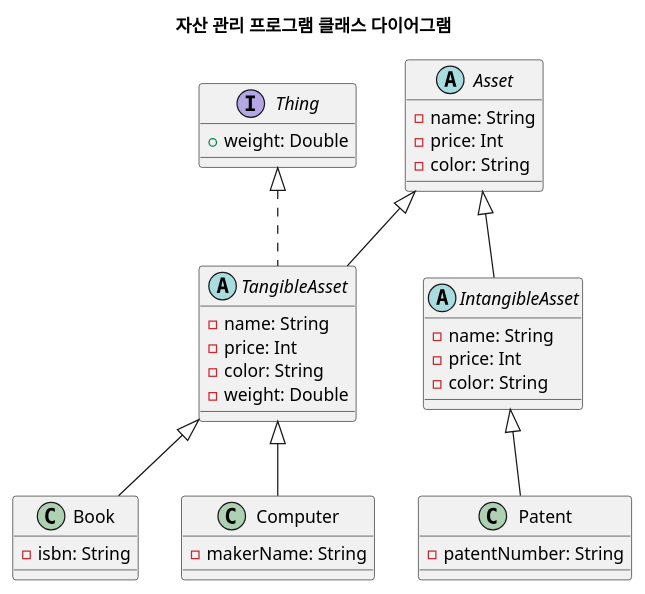
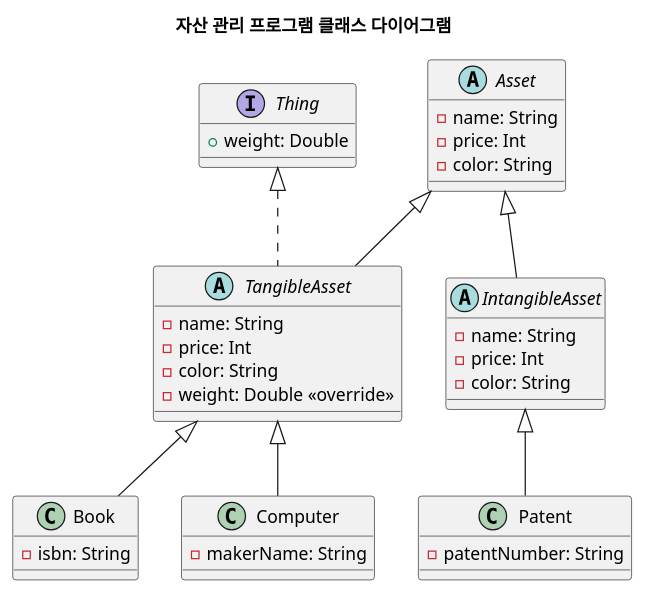
One commit to SurvivalCodingCampus/gangnam2_kotlin_study changed the diagram in src/main/kotlin/com/hhp227/kotlinstudy/docs/Asset.puml. Above: the diagram before and after it, drawn with PlantUML.

Commit message:
fix: Asset.puml 수정

```diff
--- a/src/main/kotlin/com/hhp227/kotlinstudy/docs/Asset.puml
+++ b/src/main/kotlin/com/hhp227/kotlinstudy/docs/Asset.puml
@@ -1,39 +1,39 @@
 @startuml
 title 자산 관리 프로그램 클래스 다이어그램
 
 interface Thing {
     + weight: Double
 }
 
 abstract class Asset {
     - name: String
     - price: Int
     - color: String
 }
 
 abstract class TangibleAsset extends Asset implements Thing {
     - name: String
     - price: Int
     - color: String
-    - weight: Double
+    - weight: Double <<override>>
 }
 
 abstract class IntangibleAsset extends Asset {
     - name: String
     - price: Int
     - color: String
 }
 
 class Book extends TangibleAsset {
     - isbn: String
 }
 
 class Computer extends TangibleAsset {
     - makerName: String
 }
 
 class Patent extends IntangibleAsset {
     - patentNumber: String
 }
 
 @enduml
```
